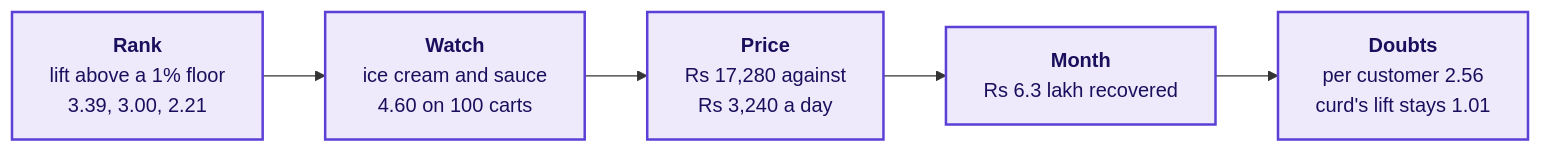
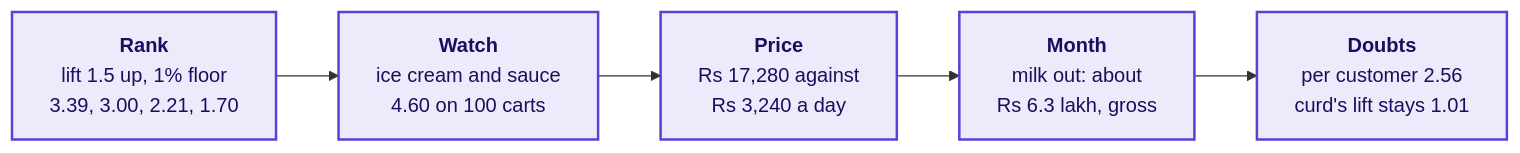
Diagram 11 of 11 in content/W04/D3/whiteboards/C2_W04_D03_board_work_STUDENT.md (fde-academy-lab/c2-content-factory), drawn with Mermaid before and after one commit. The commit also changed other lines of this file and 5 other files, not shown here.

````diff
--- a/content/W04/D3/whiteboards/C2_W04_D03_board_work_STUDENT.md
+++ b/content/W04/D3/whiteboards/C2_W04_D03_board_work_STUDENT.md
@@ -207,9 +207,9 @@
 ```mermaid
 flowchart LR
-    R["<b>Rank</b><br/>lift above a 1% floor<br/>3.39, 3.00, 2.21"] --> W["<b>Watch</b><br/>ice cream and sauce<br/>4.60 on 100 carts"]
+    R["<b>Rank</b><br/>lift 1.5 up, 1% floor<br/>3.39, 3.00, 2.21, 1.70"] --> W["<b>Watch</b><br/>ice cream and sauce<br/>4.60 on 100 carts"]
     W --> P["<b>Price</b><br/>Rs 17,280 against<br/>Rs 3,240 a day"]
-    P --> M["<b>Month</b><br/>Rs 6.3 lakh recovered"]
+    P --> M["<b>Month</b><br/>milk out: about<br/>Rs 6.3 lakh, gross"]
     M --> D["<b>Doubts</b><br/>per customer 2.56<br/>curd's lift stays 1.01"]
     classDef known fill:#EEEAFB,stroke:#5B3FD6,color:#1A0F5C,stroke-width:2px
     class R,W,P,M,D known
 ```
````
